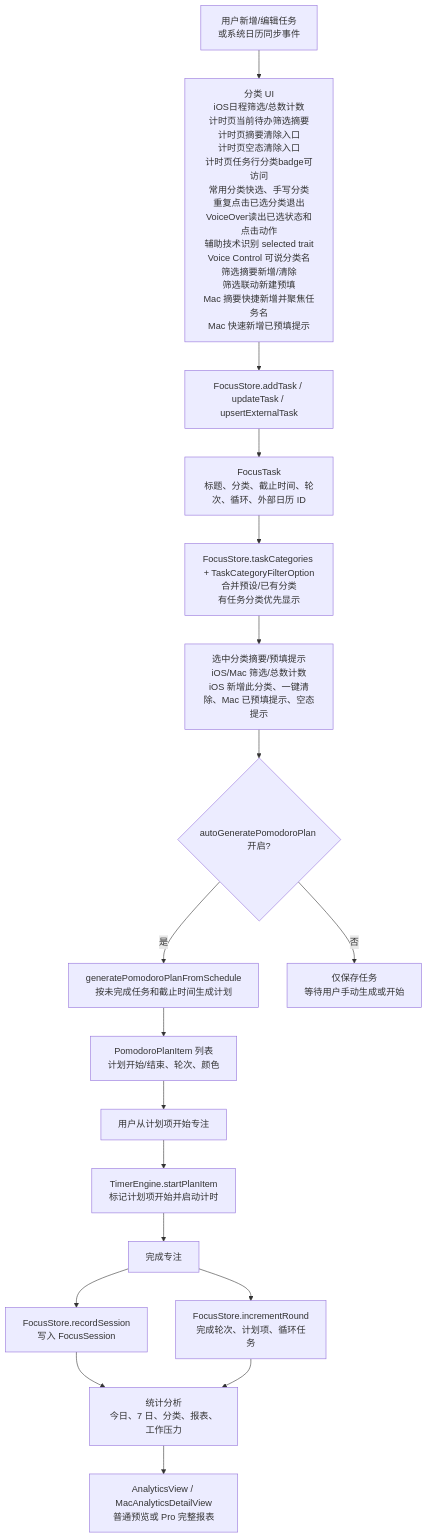
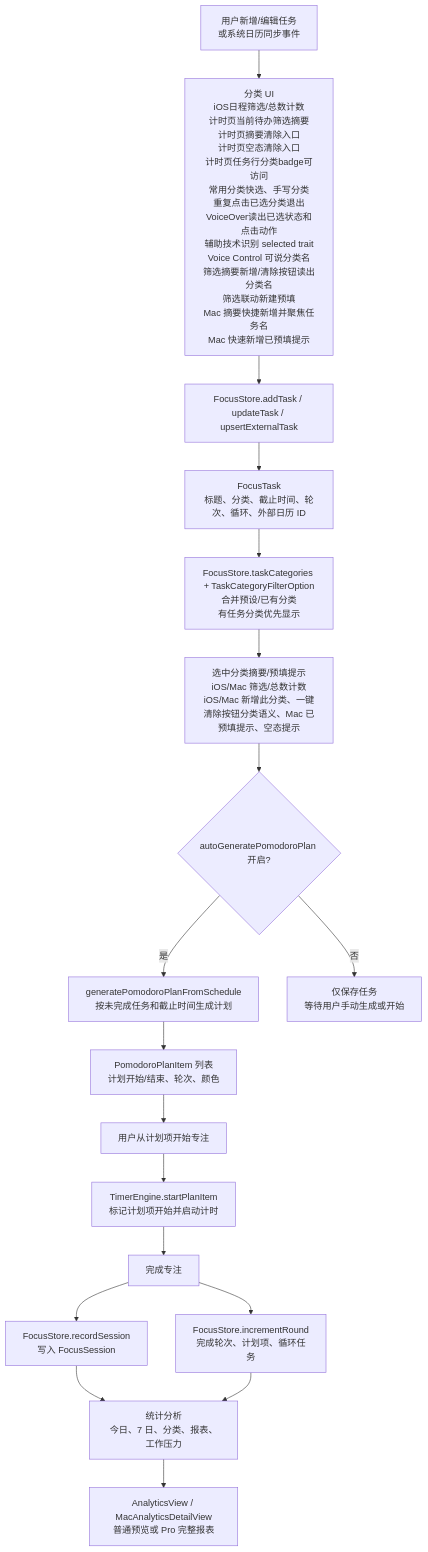
One commit to Altman-sam114/114 changed the third of 6 diagrams in md/flow/flowchart.md. Above: the diagram before and after it, drawn with Mermaid. The commit also changed other lines of this file and 8 other files, not shown here.

````diff
--- a/md/flow/flowchart.md
+++ b/md/flow/flowchart.md
@@ -63,20 +63,20 @@
 ```mermaid
 flowchart TD
-  A["用户新增/编辑任务<br/>或系统日历同步事件"] --> P0["分类 UI<br/>iOS日程筛选/总数计数<br/>计时页当前待办筛选摘要<br/>计时页摘要清除入口<br/>计时页空态清除入口<br/>计时页任务行分类badge可访问<br/>常用分类快选、手写分类<br/>重复点击已选分类退出<br/>VoiceOver读出已选状态和点击动作<br/>辅助技术识别 selected trait<br/>Voice Control 可说分类名<br/>筛选摘要新增/清除<br/>筛选联动新建预填<br/>Mac 摘要快捷新增并聚焦任务名<br/>Mac 快速新增已预填提示"]
+  A["用户新增/编辑任务<br/>或系统日历同步事件"] --> P0["分类 UI<br/>iOS日程筛选/总数计数<br/>计时页当前待办筛选摘要<br/>计时页摘要清除入口<br/>计时页空态清除入口<br/>计时页任务行分类badge可访问<br/>常用分类快选、手写分类<br/>重复点击已选分类退出<br/>VoiceOver读出已选状态和点击动作<br/>辅助技术识别 selected trait<br/>Voice Control 可说分类名<br/>筛选摘要新增/清除按钮读出分类名<br/>筛选联动新建预填<br/>Mac 摘要快捷新增并聚焦任务名<br/>Mac 快速新增已预填提示"]
   P0 --> B["FocusStore.addTask / updateTask / upsertExternalTask"]
   B --> C["FocusTask<br/>标题、分类、截止时间、轮次、循环、外部日历 ID"]
   C --> C2["FocusStore.taskCategories + TaskCategoryFilterOption<br/>合并预设/已有分类<br/>有任务分类优先显示"]
-  C2 --> C3["选中分类摘要/预填提示<br/>iOS/Mac 筛选/总数计数<br/>iOS 新增此分类、一键清除、Mac 已预填提示、空态提示"]
+  C2 --> C3["选中分类摘要/预填提示<br/>iOS/Mac 筛选/总数计数<br/>iOS/Mac 新增此分类、一键清除按钮分类语义、Mac 已预填提示、空态提示"]
   C3 --> D{"autoGeneratePomodoroPlan 开启?"}
   D -->|是| E["generatePomodoroPlanFromSchedule<br/>按未完成任务和截止时间生成计划"]
   D -->|否| F["仅保存任务<br/>等待用户手动生成或开始"]
   E --> G["PomodoroPlanItem 列表<br/>计划开始/结束、轮次、颜色"]
   G --> H["用户从计划项开始专注"]
   H --> I["TimerEngine.startPlanItem<br/>标记计划项开始并启动计时"]
   I --> J["完成专注"]
   J --> K["FocusStore.incrementRound<br/>完成轮次、计划项、循环任务"]
   J --> L["FocusStore.recordSession<br/>写入 FocusSession"]
   L --> M["统计分析<br/>今日、7 日、分类、报表、工作压力"]
   K --> M
   M --> N["AnalyticsView / MacAnalyticsDetailView<br/>普通预览或 Pro 完整报表"]
 ```
````
